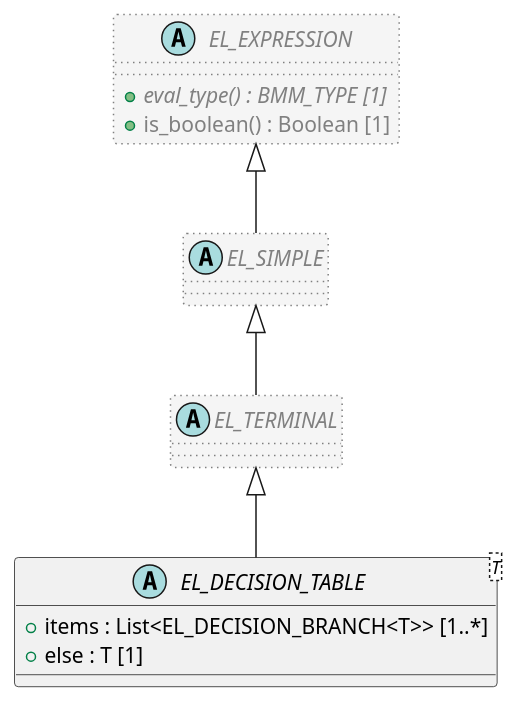
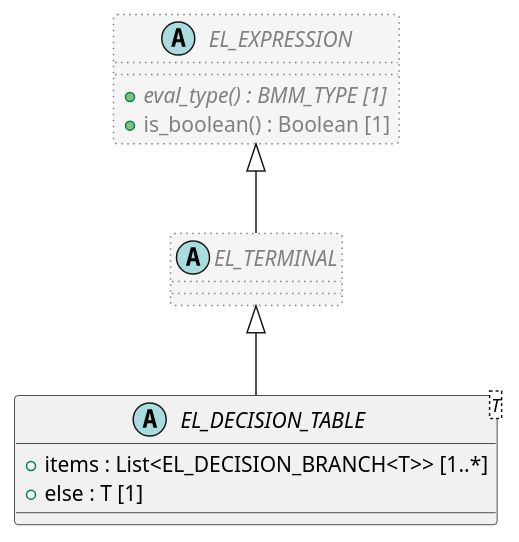
Before and after one commit to sebastian-iancu/code-generator: the diagram in code/Adoc/openehr_lang_1.1.0/plantUML/classes/org.openehr.lang.bmm.el_decision_table.adoc, drawn with PlantUML. The commit also changed 719 other files, not shown here.

```diff
--- a/code/Adoc/openehr_lang_1.1.0/plantUML/classes/org.openehr.lang.bmm.el_decision_table.adoc
+++ b/code/Adoc/openehr_lang_1.1.0/plantUML/classes/org.openehr.lang.bmm.el_decision_table.adoc
@@ -1,29 +1,24 @@
 [plantuml,EL_DECISION_TABLE,format=svg,svg-type="inline"]
 -----
 @startuml
 
 abstract class EL_DECISION_TABLE <T> {
   + items : List<EL_DECISION_BRANCH<T>> [1..*]
   + else : T [1]
 }
 
 abstract class EL_TERMINAL  #whitesmoke;line:gray;line.dotted;text:gray {
 }
 
-abstract class EL_SIMPLE  #whitesmoke;line:gray;line.dotted;text:gray {
-}
-
 abstract class EL_EXPRESSION  #whitesmoke;line:gray;line.dotted;text:gray {
   + {abstract} eval_type() : BMM_TYPE [1]
   + is_boolean() : Boolean [1]
 }
 
-EL_EXPRESSION <|-- EL_SIMPLE
-
-EL_SIMPLE <|-- EL_TERMINAL
+EL_EXPRESSION <|-- EL_TERMINAL
 
 EL_TERMINAL <|-- EL_DECISION_TABLE
 
 
 @enduml
 -----
```
